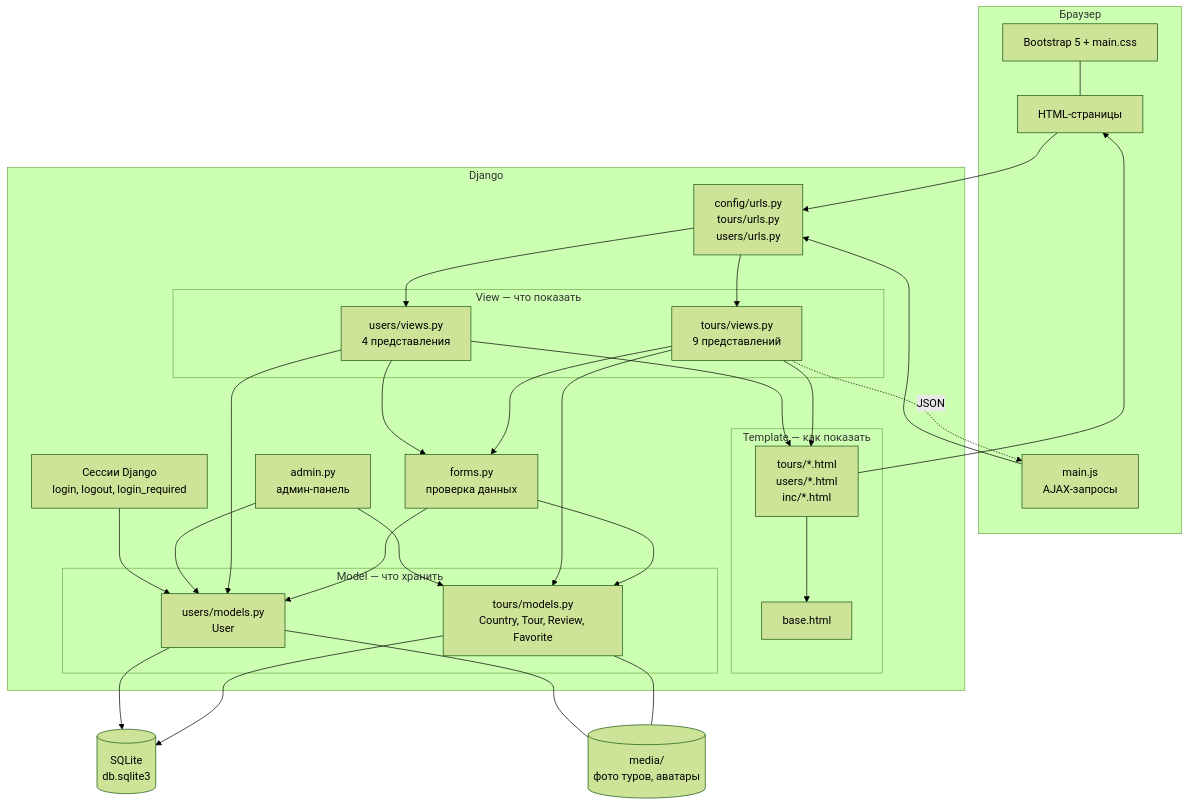
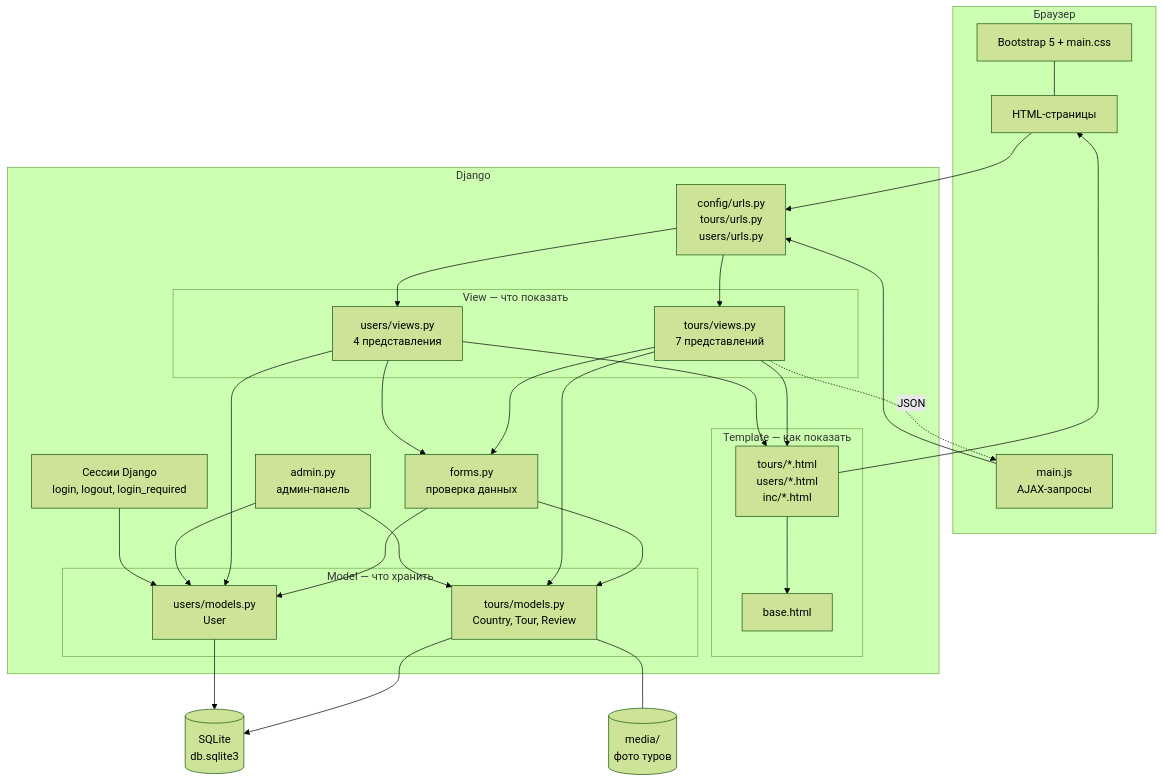
The first of 3 diagrams in docs/07-architecture/architecture-diagram.md (Seihposwag/sofa-travel-app), drawn with Mermaid (forest theme) before and after one commit. The commit also changed 36 other files, not shown here.

````diff
--- a/docs/07-architecture/architecture-diagram.md
+++ b/docs/07-architecture/architecture-diagram.md
@@ -10,65 +10,64 @@
 ```mermaid
 flowchart TB
     subgraph BROWSER["Браузер"]
         HTML["HTML-страницы"]
         JS["main.js<br/>AJAX-запросы"]
         CSS["Bootstrap 5 + main.css"]
     end
 
     subgraph DJANGO["Django"]
         URLS["config/urls.py<br/>tours/urls.py<br/>users/urls.py"]
 
         subgraph VIEWS["View — что показать"]
-            TV["tours/views.py<br/>9 представлений"]
+            TV["tours/views.py<br/>7 представлений"]
             UV["users/views.py<br/>4 представления"]
         end
 
         subgraph TPL["Template — как показать"]
             BASE["base.html"]
             PAGES["tours/*.html<br/>users/*.html<br/>inc/*.html"]
         end
 
         subgraph MODELS["Model — что хранить"]
-            TM["tours/models.py<br/>Country, Tour, Review, Favorite"]
+            TM["tours/models.py<br/>Country, Tour, Review"]
             UM["users/models.py<br/>User"]
         end
 
         FORMS["forms.py<br/>проверка данных"]
         ADMIN["admin.py<br/>админ-панель"]
         AUTH["Сессии Django<br/>login, logout, login_required"]
     end
 
     DB[("SQLite<br/>db.sqlite3")]
-    MEDIA[("media/<br/>фото туров, аватары")]
+    MEDIA[("media/<br/>фото туров")]
 
     HTML --> URLS
     JS --> URLS
     CSS --- HTML
 
     URLS --> TV
     URLS --> UV
 
     TV --> FORMS
     UV --> FORMS
     FORMS --> TM
     FORMS --> UM
 
     TV --> TM
     UV --> UM
 
     TV --> PAGES
     UV --> PAGES
     PAGES --> BASE
     PAGES --> HTML
 
     TV -.JSON.-> JS
 
     TM --> DB
     UM --> DB
     ADMIN --> TM
     ADMIN --> UM
     AUTH --> UM
 
     TM --- MEDIA
-    UM --- MEDIA
 ```
````
